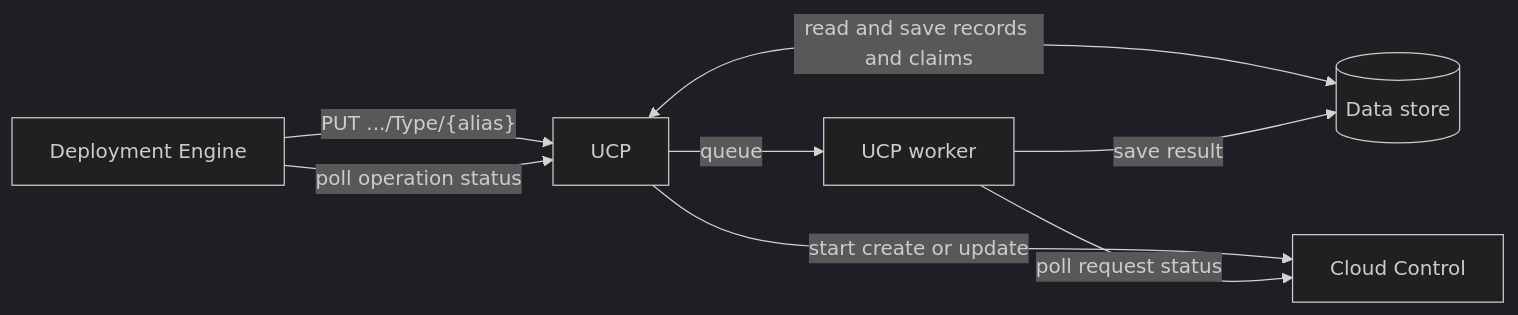
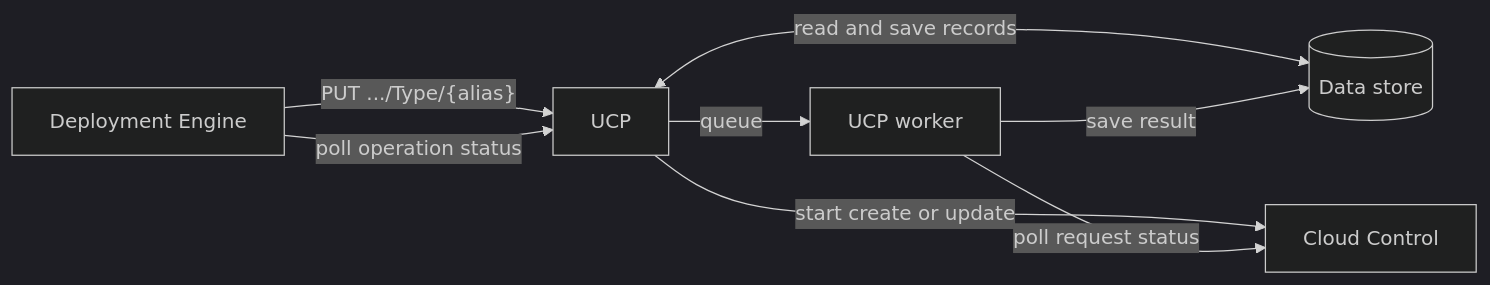
Before and after one commit to radius-project/radius: the second of 4 diagrams in eng/design-notes/ucp/2026-10-idempotent-aws-deployments.md, drawn with Mermaid (dark theme). The commit also changed other lines of this file, not shown here.

First line of the commit message:
docs: replace claims with a record search in the idempotent AWS design

````diff
--- a/eng/design-notes/ucp/2026-10-idempotent-aws-deployments.md
+++ b/eng/design-notes/ucp/2026-10-idempotent-aws-deployments.md
@@ -194,10 +193,10 @@
 ```mermaid
 flowchart LR
   DE[Deployment Engine] -- "PUT .../Type/{alias}" --> P[UCP]
-  P <-- read and save records and claims --> RR[(Data store)]
+  P <-- read and save records --> RR[(Data store)]
   P -- start create or update --> H[Cloud Control]
   P -- queue --> W[UCP worker]
   W -- poll request status --> H
   W -- save result --> RR
   DE -- poll operation status --> P
 ```
````
